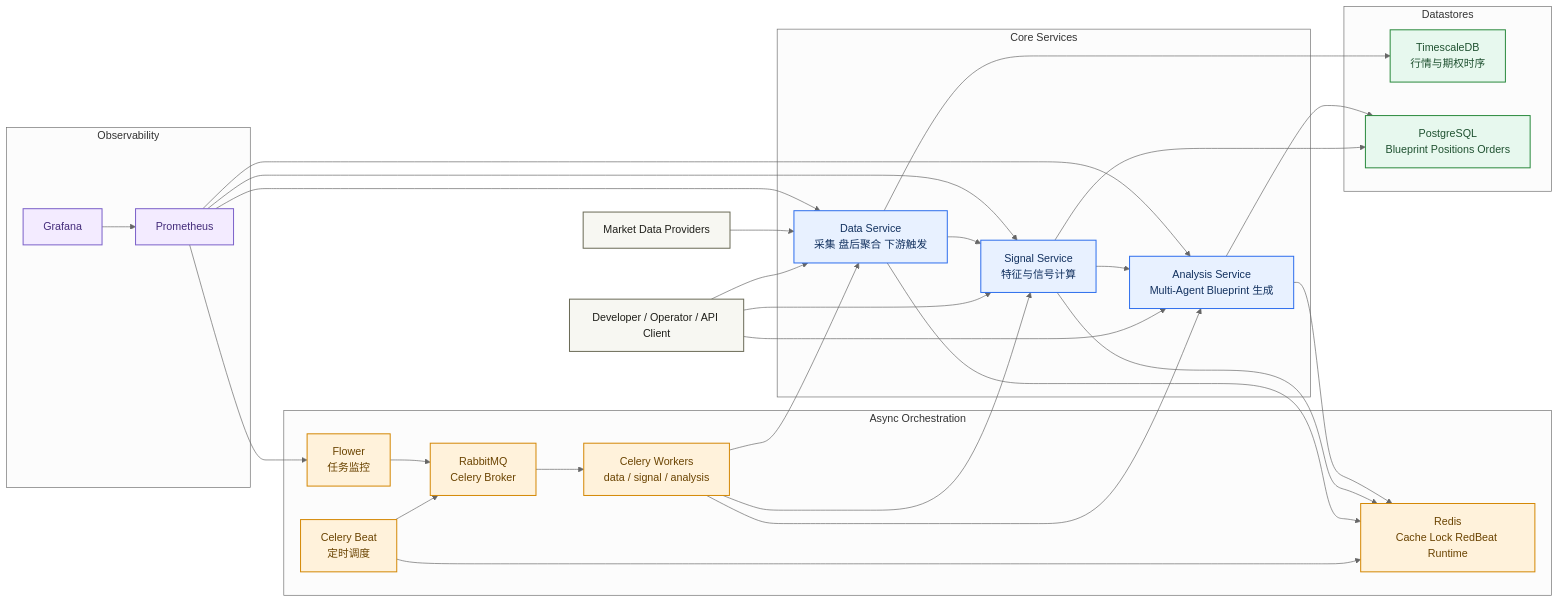
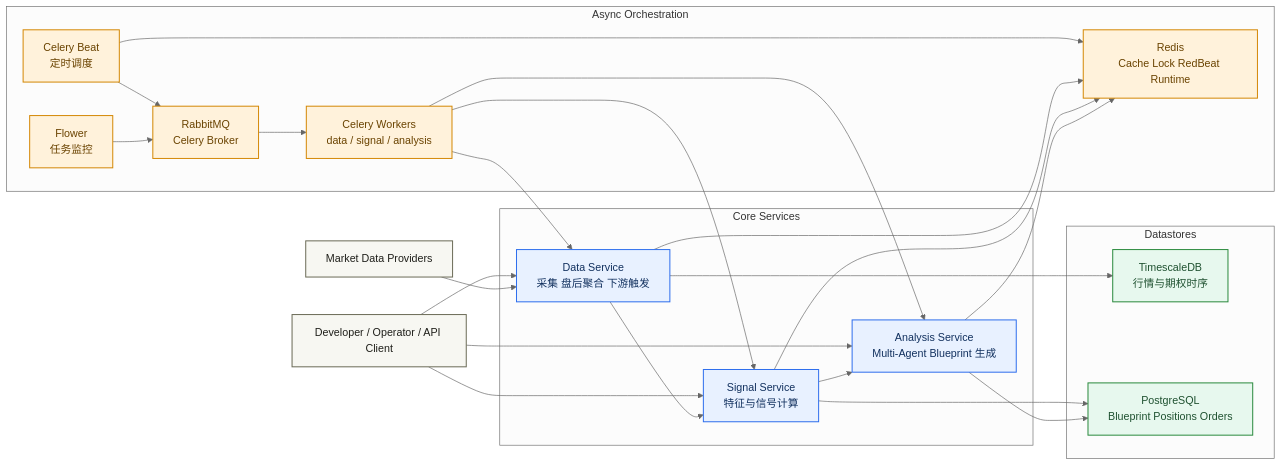
The first of 2 diagrams in README.md (AimeSoleil/algo-trader-platform), drawn with Mermaid (neutral theme) before and after one commit. The commit also changed other lines of this file and 19 other files, not shown here.

Commit message:
chore: remove prometheus and grafana stack

````diff
--- a/README.md
+++ b/README.md
@@ -40,71 +38,58 @@
 ```mermaid
 flowchart LR
    user[Developer / Operator / API Client]
 
    subgraph services[Core Services]
       data[Data Service\n采集 盘后聚合 下游触发]
       signal[Signal Service\n特征与信号计算]
       analysis[Analysis Service\nMulti-Agent Blueprint 生成]
    end
 
    subgraph orchestration[Async Orchestration]
       rabbit[RabbitMQ\nCelery Broker]
       redis[Redis\nCache Lock RedBeat Runtime]
       worker[Celery Workers\ndata / signal / analysis]
       beat[Celery Beat\n定时调度]
       flower[Flower\n任务监控]
    end
 
    subgraph storage[Datastores]
       tsdb[TimescaleDB\n行情与期权时序]
       pg[PostgreSQL\nBlueprint Positions Orders]
-   end
-
-   subgraph observability[Observability]
-      prom[Prometheus]
-      grafana[Grafana]
    end
 
    market[Market Data Providers]
 
    user --> data
    user --> signal
    user --> analysis
 
    market --> data
    data --> signal
    signal --> analysis
 
    beat --> redis
    beat --> rabbit
    rabbit --> worker
    worker --> data
    worker --> signal
    worker --> analysis
    flower --> rabbit
 
    data --> tsdb
    signal --> pg
    analysis --> pg
    data --> redis
    signal --> redis
    analysis --> redis
 
-   prom --> data
-   prom --> signal
-   prom --> analysis
-   prom --> flower
-   grafana --> prom
-
    classDef edge fill:#f7f7f2,stroke:#6b6b57,color:#1f1f1a,stroke-width:1.5px;
    classDef service fill:#e8f1ff,stroke:#2f6fed,color:#12315f,stroke-width:1.5px;
    classDef orchestration fill:#fff2db,stroke:#d48806,color:#6a4300,stroke-width:1.5px;
    classDef storage fill:#e7f8ee,stroke:#2b8a3e,color:#1f5130,stroke-width:1.5px;
-   classDef observability fill:#f3ebff,stroke:#7b61c9,color:#432b7a,stroke-width:1.5px;
 
    class user,market edge;
    class data,signal,analysis service;
    class rabbit,redis,worker,beat,flower orchestration;
    class tsdb,pg storage;
-   class prom,grafana observability;
 ```
````
